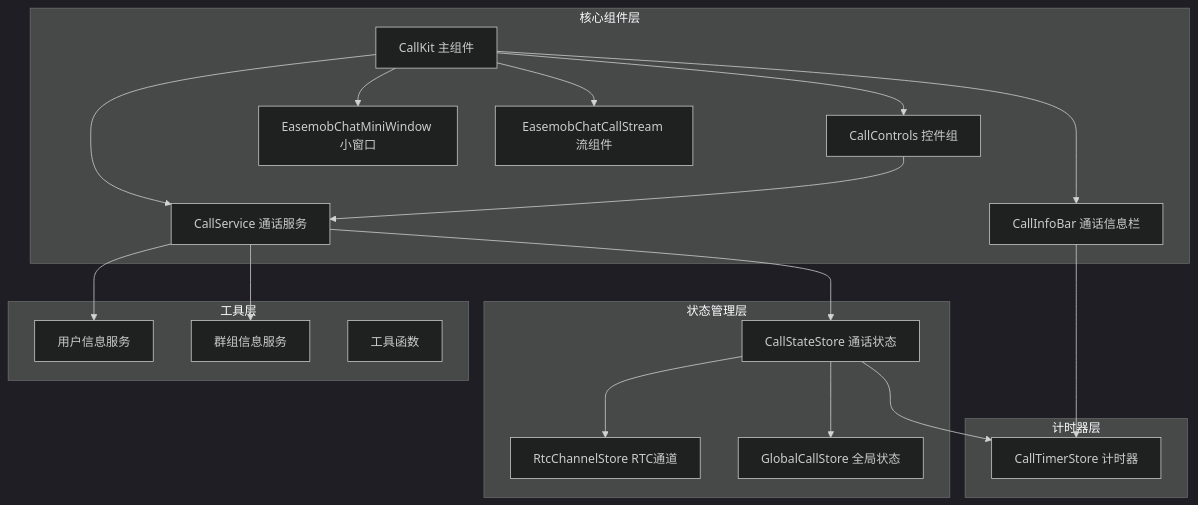
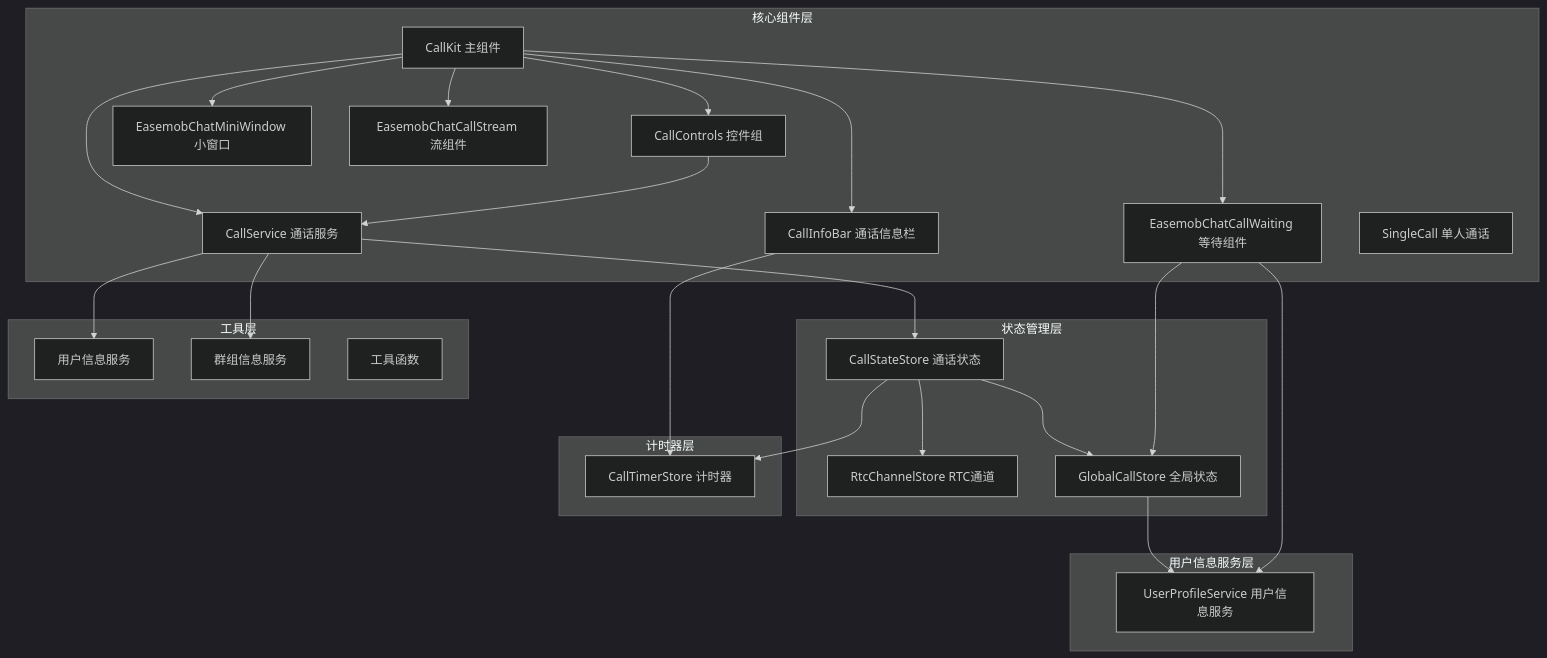
Before and after one commit to Easemob-Community/easemob-uikit-callkit-vue3: the first of 11 diagrams in .qoder/repowiki/zh/content/核心组件/单人通话组件/单人通话组件.md, drawn with Mermaid (dark theme). The commit also changed other lines of this file and 58 other files, not shown here.

````diff
--- a/.qoder/repowiki/zh/content/核心组件/单人通话组件/单人通话组件.md
+++ b/.qoder/repowiki/zh/content/核心组件/单人通话组件/单人通话组件.md
@@ -49,36 +59,45 @@
 ```mermaid
 graph TB
 subgraph "核心组件层"
 CK[CallKit 主组件]
 CC[CallControls 控件组]
 CH[CallInfoBar 通话信息栏]
 CS[CallService 通话服务]
 CMW[EasemobChatMiniWindow 小窗口]
 CSC[EasemobChatCallStream 流组件]
+CW[EasemobChatCallWaiting 等待组件]
+SC[SingleCall 单人通话]
 end
 subgraph "状态管理层"
 CTS[CallStateStore 通话状态]
 RTS[RtcChannelStore RTC通道]
 GCS[GlobalCallStore 全局状态]
 CTS --> RTS
 CTS --> GCS
 end
 subgraph "计时器层"
 CTS --> CTS2[CallTimerStore 计时器]
 end
+subgraph "用户信息服务层"
+UPS[UserProfileService 用户信息服务]
+GCS --> UPS
+end
 subgraph "工具层"
 US[用户信息服务]
 GS[群组信息服务]
 UT[工具函数]
 end
 CK --> CC
 CK --> CH
 CK --> CS
 CK --> CMW
 CK --> CSC
+CK --> CW
 CC --> CS
 CH --> CTS2
 CS --> US
 CS --> GS
 CS --> CTS
+CW --> GCS
+CW --> UPS
 ```
````
